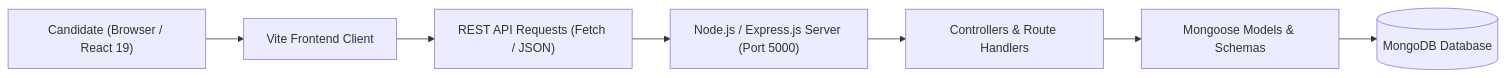
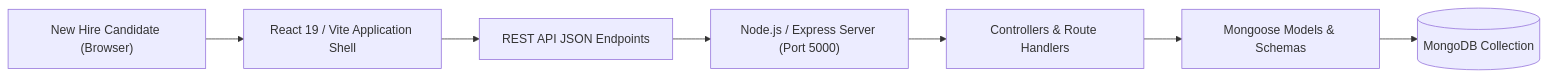
Before and after one commit to prakruthidevanga/Tamasha_Onborading-: the diagram in README.md, drawn with Mermaid. The commit also changed other lines of this file, not shown here.

Commit message:
docs: modernize README with blue waving banner, MERN architecture diagram, and structured TOC

````diff
--- a/README.md
+++ b/README.md
@@ -21,9 +75,9 @@
 ```mermaid
 flowchart LR
-    A["Candidate (Browser / React 19)"] --> B["Vite Frontend Client"]
-    B --> C["REST API Requests (Fetch / JSON)"]
-    C --> D["Node.js / Express.js Server (Port 5000)"]
+    A["New Hire Candidate (Browser)"] --> B["React 19 / Vite Application Shell"]
+    B --> C["REST API JSON Endpoints"]
+    C --> D["Node.js / Express Server (Port 5000)"]
     D --> E["Controllers & Route Handlers"]
     E --> F["Mongoose Models & Schemas"]
-    F --> G[("MongoDB Database")]
+    F --> G[("MongoDB Collection")]
 ```
````
